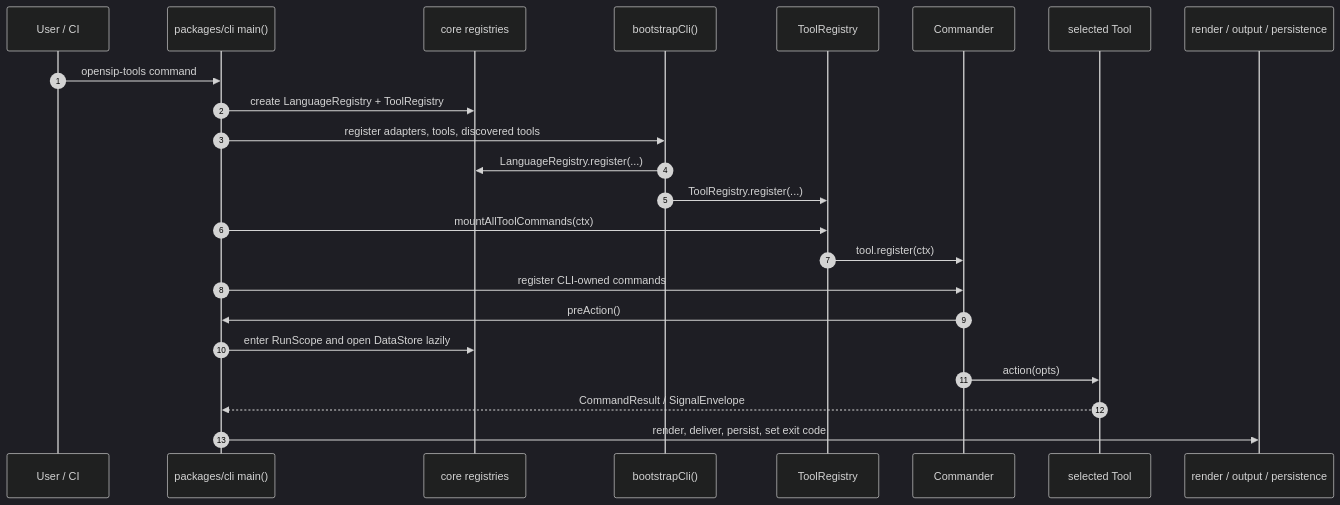
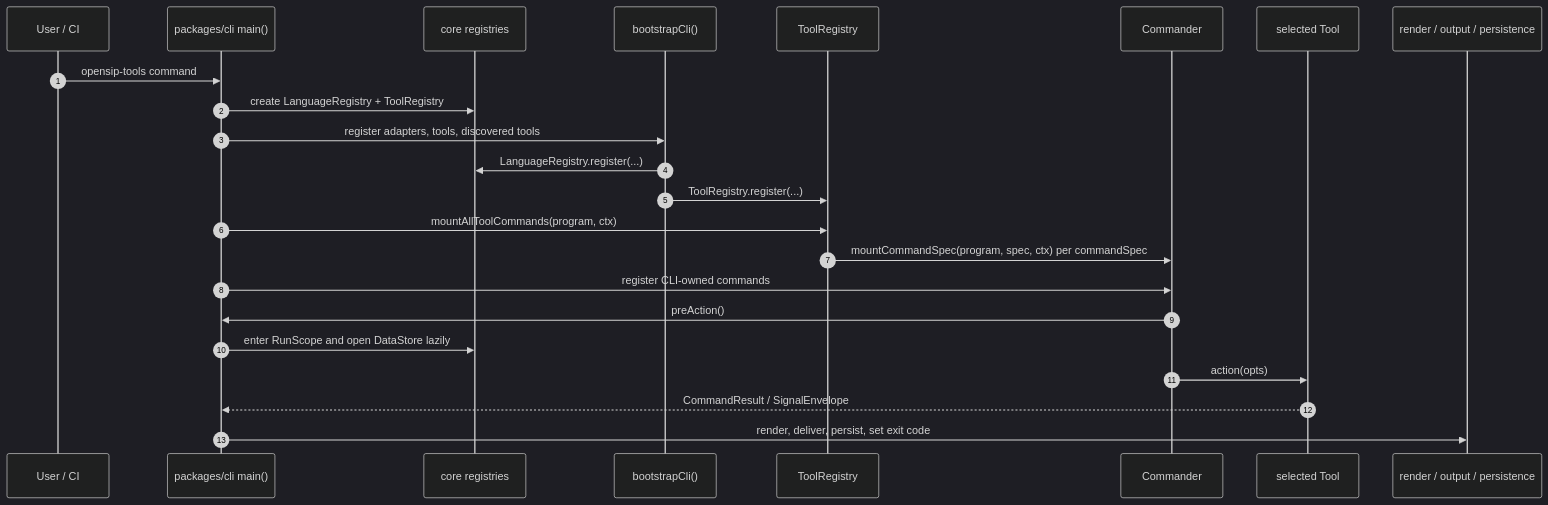
One commit to opensip-ai/opensip-cli changed the diagram in docs/public/80-implementation/01-cli-dispatch.md. Above: the diagram before and after it, drawn with Mermaid (dark theme). The commit also changed other lines of this file and 30 other files, not shown here.

````diff
--- a/docs/public/80-implementation/01-cli-dispatch.md
+++ b/docs/public/80-implementation/01-cli-dispatch.md
@@ -70,26 +70,26 @@
 ```mermaid
 sequenceDiagram
   autonumber
   participant User as User / CI
   participant CLI as packages/cli main()
   participant Core as core registries
   participant Bootstrap as bootstrapCli()
   participant Tools as ToolRegistry
   participant Commander as Commander
   participant Tool as selected Tool
   participant Output as render / output / persistence
 
   User->>CLI: opensip-tools command
   CLI->>Core: create LanguageRegistry + ToolRegistry
   CLI->>Bootstrap: register adapters, tools, discovered tools
   Bootstrap->>Core: LanguageRegistry.register(...)
   Bootstrap->>Tools: ToolRegistry.register(...)
-  CLI->>Tools: mountAllToolCommands(ctx)
-  Tools->>Commander: tool.register(ctx)
+  CLI->>Tools: mountAllToolCommands(program, ctx)
+  Tools->>Commander: mountCommandSpec(program, spec, ctx) per commandSpec
   CLI->>Commander: register CLI-owned commands
   Commander->>CLI: preAction()
   CLI->>Core: enter RunScope and open DataStore lazily
   Commander->>Tool: action(opts)
   Tool-->>CLI: CommandResult / SignalEnvelope
   CLI->>Output: render, deliver, persist, set exit code
 ```
````
